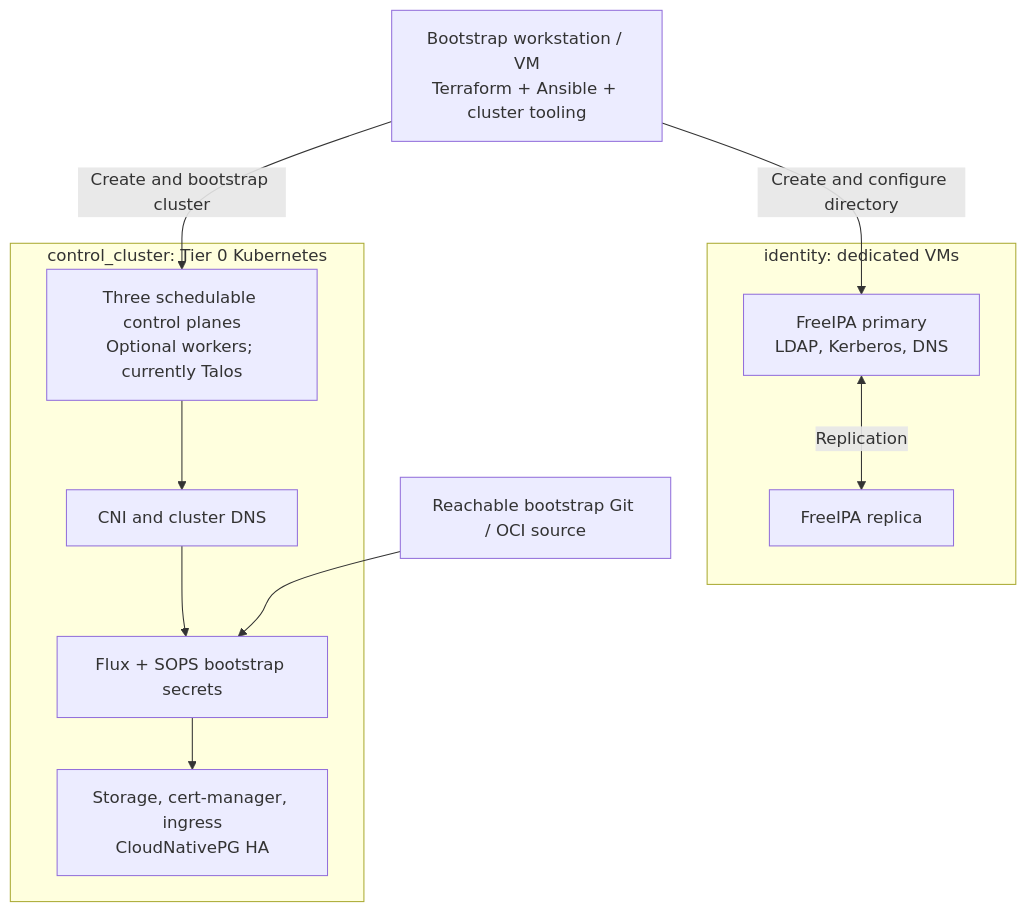
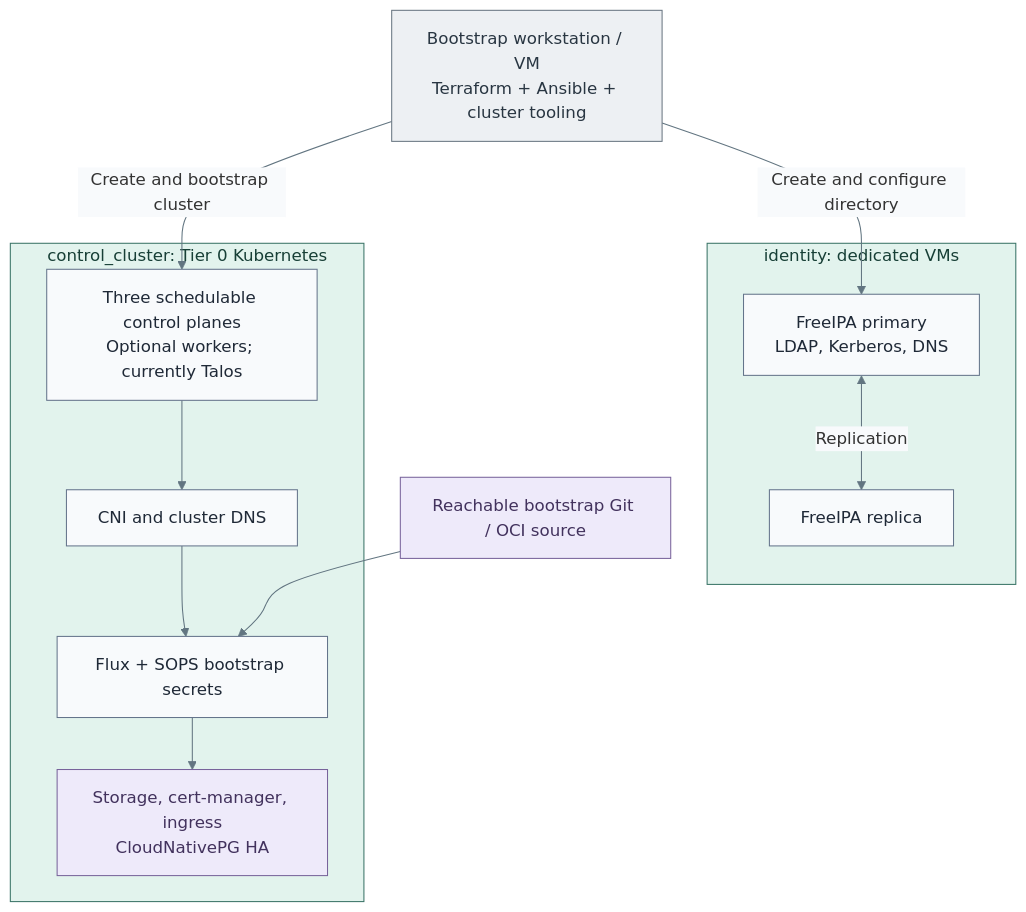
One commit to Rexus/homelab changed the diagram in docs/deployment/stage-3-identity-runtime/README.md. Above: the diagram before and after it, drawn with Mermaid. The commit also changed 49 other files, not shown here.

Commit message:
docs(diagrams): clarify tier layouts and visual styles

````diff
--- a/docs/deployment/stage-3-identity-runtime/README.md
+++ b/docs/deployment/stage-3-identity-runtime/README.md
@@ -19,19 +19,29 @@
 ```mermaid
+%%{init: {"theme":"base","themeVariables":{"lineColor":"#627581","edgeLabelBackground":"#f8fafc"}}}%%
 flowchart TB
   Bootstrap["Bootstrap workstation / VM<br/>Terraform + Ansible + cluster tooling"]
   subgraph Identity["identity: dedicated VMs"]
     Primary["FreeIPA primary<br/>LDAP, Kerberos, DNS"]
     Replica["FreeIPA replica"]
     Primary <-->|Replication| Replica
   end
   subgraph Cluster["control_cluster: Tier 0 Kubernetes"]
     Nodes["Three schedulable control planes<br/>Optional workers; currently Talos"]
     Network["CNI and cluster DNS"]
     Flux["Flux + SOPS bootstrap secrets"]
     Base["Storage, cert-manager, ingress<br/>CloudNativePG HA"]
     Nodes --> Network --> Flux --> Base
   end
   Bootstrap -->|Create and configure directory| Primary
   Bootstrap -->|Create and bootstrap cluster| Nodes
   Source["Reachable bootstrap Git / OCI source"] --> Flux
+  classDef default fill:#f8fafc,stroke:#64748b,color:#1f2937
+  classDef actor fill:#edf0f3,stroke:#697682,color:#293642
+  classDef control fill:#e2f3ed,stroke:#397366,color:#173f36
+  classDef replicas fill:#f8fafc,stroke:#64748b,color:#1f2937,stroke-dasharray:5 4
+  classDef data fill:#eeeafa,stroke:#78639b,color:#42325d
+  class Bootstrap actor
+  class Identity,Cluster control
+  class DirectoryPair replicas
+  class Source,Base data
 ```
````
